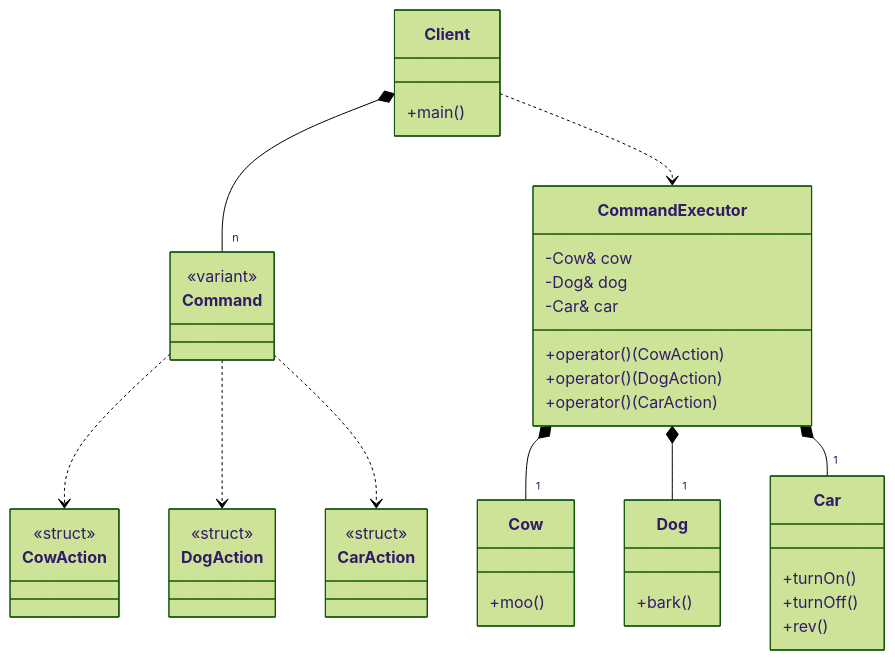
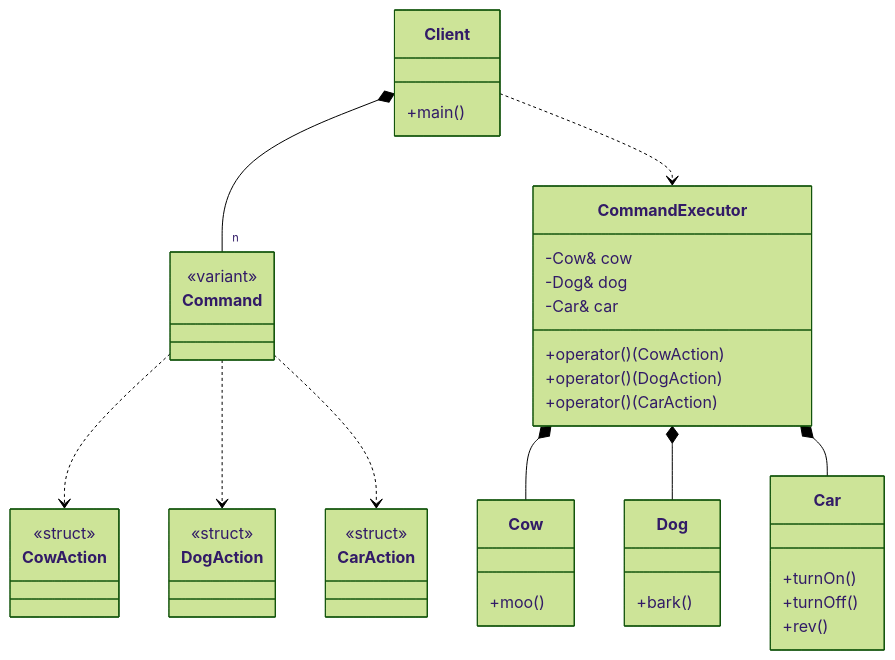
One commit to Cichlidfishexigency721/Modern-CPP-Design-Patterns changed the diagram in 19_Command/02_Modern_Variant/README.md. Above: the diagram before and after it, drawn with Mermaid (forest theme). The commit also changed 2 other files, not shown here.

Commit message:
UML improvement

````diff
--- a/19_Command/02_Modern_Variant/README.md
+++ b/19_Command/02_Modern_Variant/README.md
@@ -24,56 +24,56 @@
 ```mermaid
 classDiagram
     class CowAction {
         <<struct>>
     }
     class DogAction {
         <<struct>>
     }
     class CarAction {
         <<struct>>
     }
 
     class Command {
         <<variant>>
     }
 
     class Cow {
         +moo()
     }
 
     class Dog {
         +bark()
     }
 
     class Car {
         +turnOn()
         +turnOff()
         +rev()
     }
 
     class CommandExecutor {
         -Cow& cow
         -Dog& dog
         -Car& car
         +operator()(CowAction)
         +operator()(DogAction)
         +operator()(CarAction)
     }
 
     class Client {
         +main()
     }
 
     %% Relationships using only your defined symbology:
 
     Command ..> CowAction
     Command ..> DogAction
     Command ..> CarAction
 
-    CommandExecutor *-- "1" Cow
-    CommandExecutor *-- "1" Dog
-    CommandExecutor *-- "1" Car
+    CommandExecutor *-- Cow
+    CommandExecutor *-- Dog
+    CommandExecutor *-- Car
 
     Client *-- "n" Command
     Client ..> CommandExecutor
 ```
````
